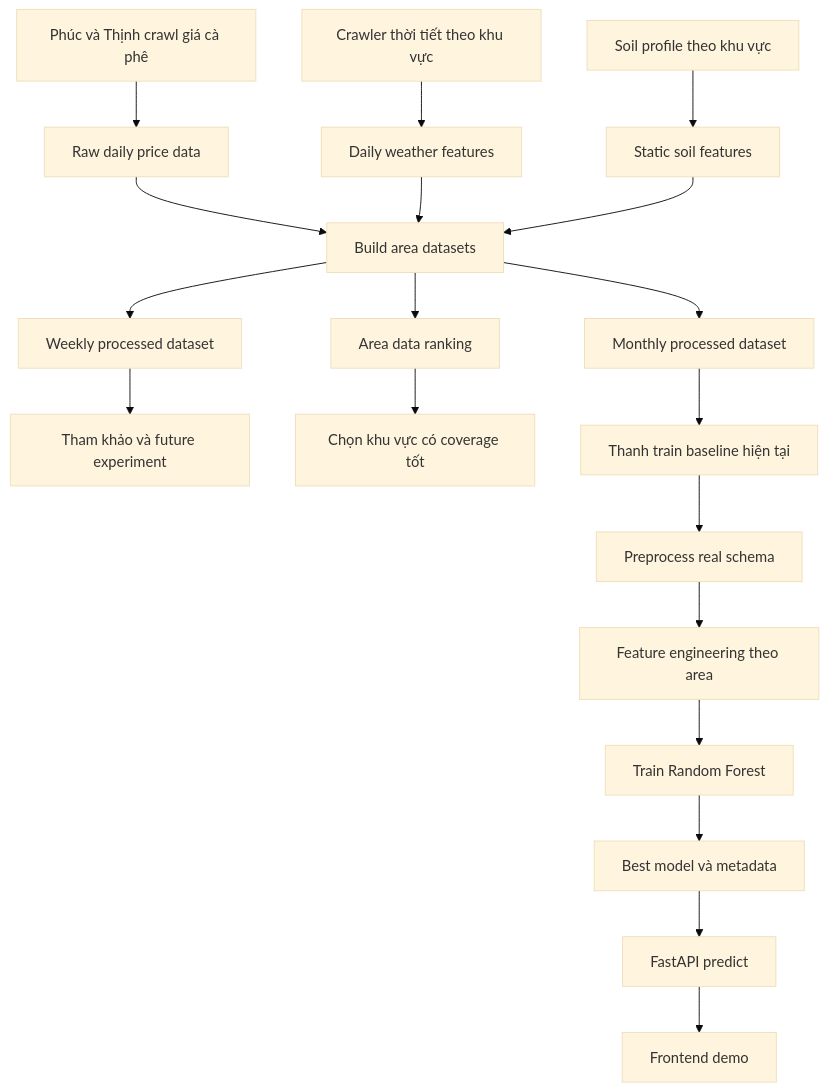
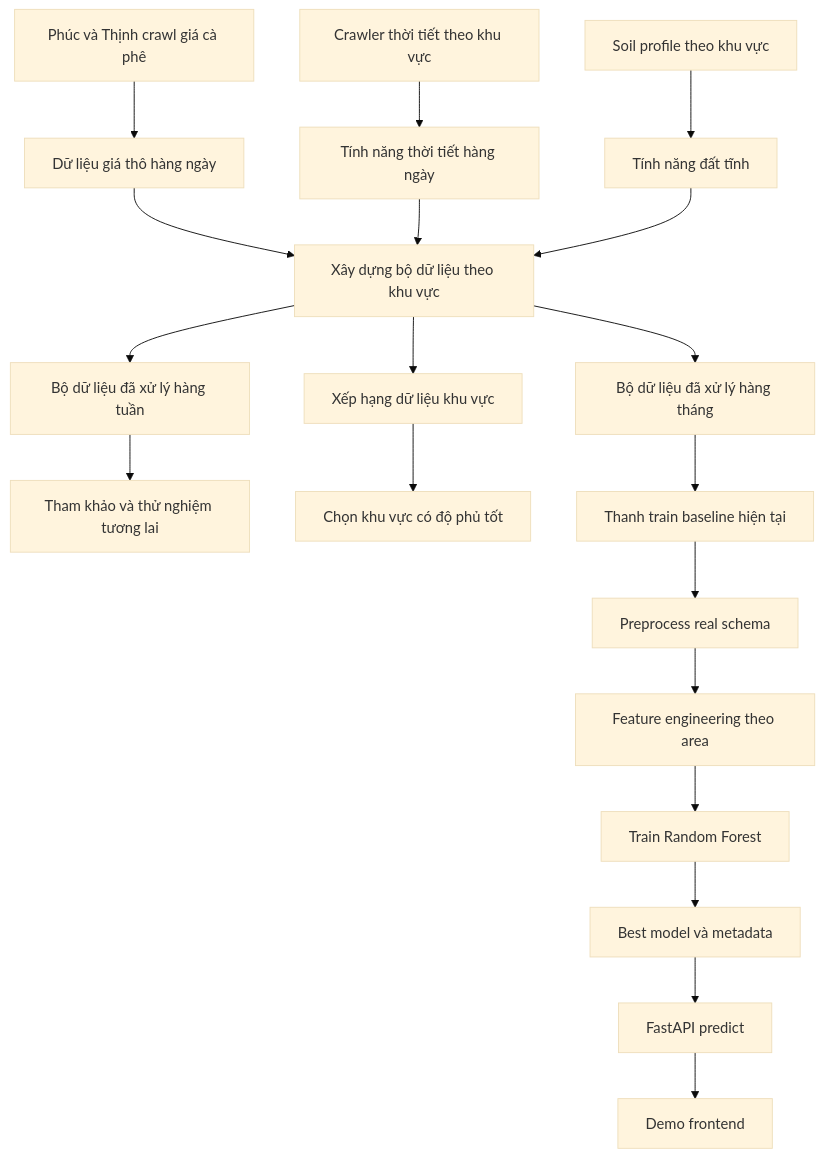
The second of 7 diagrams in docs/discussions/2026-05-13-team-data-flow-roadmap.md (uit-25730067-chithanh/AI002-Team22-DT10), drawn with Mermaid (base theme) before and after one commit. The commit also changed other lines of this file and 6 other files, not shown here.

````diff
--- a/docs/discussions/2026-05-13-team-data-flow-roadmap.md
+++ b/docs/discussions/2026-05-13-team-data-flow-roadmap.md
@@ -38,25 +38,25 @@
 ```mermaid
 flowchart TD
-    A[Phúc và Thịnh crawl giá cà phê] --> B[Raw daily price data]
-    C[Crawler thời tiết theo khu vực] --> D[Daily weather features]
-    E[Soil profile theo khu vực] --> F[Static soil features]
+    A[Phúc và Thịnh crawl giá cà phê] --> B[Dữ liệu giá thô hàng ngày]
+    C[Crawler thời tiết theo khu vực] --> D[Tính năng thời tiết hàng ngày]
+    E[Soil profile theo khu vực] --> F[Tính năng đất tĩnh]
 
-    B --> G[Build area datasets]
+    B --> G[Xây dựng bộ dữ liệu theo khu vực]
     D --> G
     F --> G
 
-    G --> H[Weekly processed dataset]
-    G --> I[Monthly processed dataset]
-    G --> J[Area data ranking]
+    G --> H[Bộ dữ liệu đã xử lý hàng tuần]
+    G --> I[Bộ dữ liệu đã xử lý hàng tháng]
+    G --> J[Xếp hạng dữ liệu khu vực]
 
-    H --> K[Tham khảo và future experiment]
-    J --> L[Chọn khu vực có coverage tốt]
+    H --> K[Tham khảo và thử nghiệm tương lai]
+    J --> L[Chọn khu vực có độ phủ tốt]
     I --> M[Thanh train baseline hiện tại]
 
     M --> N[Preprocess real schema]
     N --> O[Feature engineering theo area]
     O --> P[Train Random Forest]
     P --> Q[Best model và metadata]
     Q --> R[FastAPI predict]
-    R --> S[Frontend demo]
+    R --> S[Demo frontend]
 ```
````
